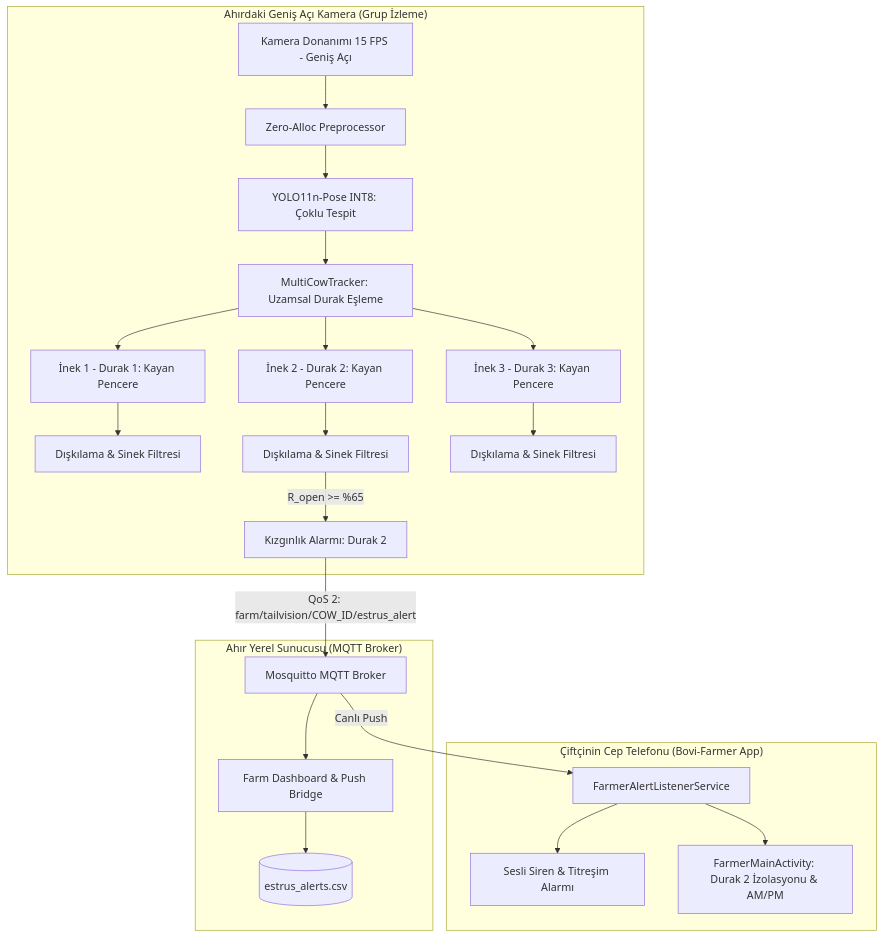
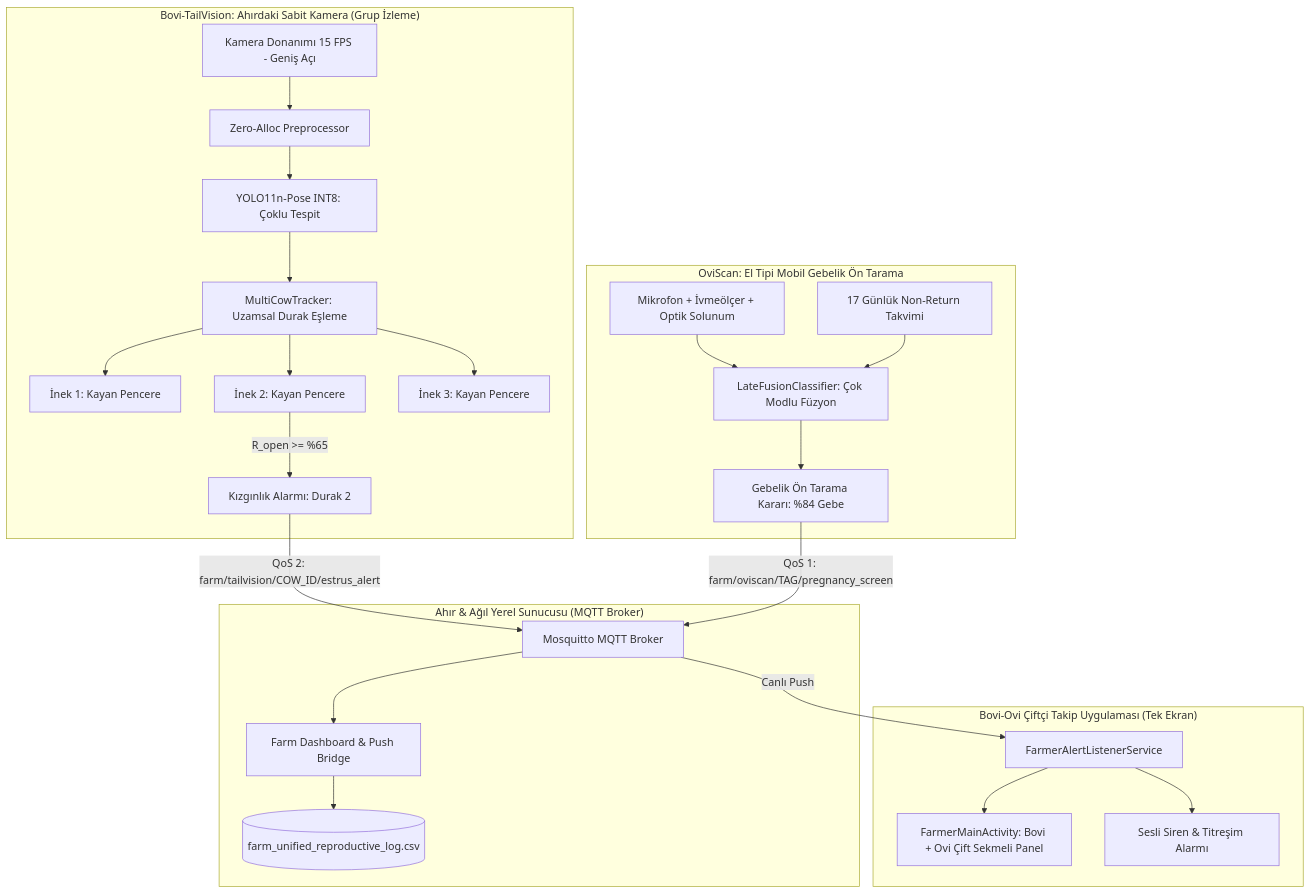
One commit to mserman90/bovi-tailvision changed the diagram in docs/ARCHITECTURE.md. Above: the diagram before and after it, drawn with Mermaid. The commit also changed other lines of this file and 12 other files, not shown here.

Commit message:
feat: Integrate OviScan non-invasive sheep pregnancy screening into Bovi-TailVision unified platform

````diff
--- a/docs/ARCHITECTURE.md
+++ b/docs/ARCHITECTURE.md
@@ -9,37 +11,38 @@
 ```mermaid
 flowchart TD
-    subgraph EdgeDevice ["Ahırdaki Geniş Açı Kamera (Grup İzleme)"]
+    subgraph BoviEdge ["Bovi-TailVision: Ahırdaki Sabit Kamera (Grup İzleme)"]
         Cam[Kamera Donanımı 15 FPS - Geniş Açı] --> Pre[Zero-Alloc Preprocessor]
         Pre --> TFLite[YOLO11n-Pose INT8: Çoklu Tespit]
         TFLite --> MOT[MultiCowTracker: Uzamsal Durak Eşleme]
-        
-        MOT --> Cow1[İnek 1 - Durak 1: Kayan Pencere]
-        MOT --> Cow2[İnek 2 - Durak 2: Kayan Pencere]
-        MOT --> Cow3[İnek 3 - Durak 3: Kayan Pencere]
-        
-        Cow1 --> Filter1[Dışkılama & Sinek Filtresi]
-        Cow2 --> Filter2[Dışkılama & Sinek Filtresi]
-        Cow3 --> Filter3[Dışkılama & Sinek Filtresi]
-
-        Filter2 -- R_open >= %65 --> Alert[Kızgınlık Alarmı: Durak 2]
+        MOT --> Cow1[İnek 1: Kayan Pencere]
+        MOT --> Cow2[İnek 2: Kayan Pencere]
+        MOT --> Cow3[İnek 3: Kayan Pencere]
+        Cow2 -- R_open >= %65 --> AlertBovi[Kızgınlık Alarmı: Durak 2]
     end
 
-    subgraph FarmServer ["Ahır Yerel Sunucusu (MQTT Broker)"]
+    subgraph OviModule ["OviScan: El Tipi Mobil Gebelik Ön Tarama"]
+        Sensors[Mikrofon + İvmeölçer + Optik Solunum] --> Fusion[LateFusionClassifier: Çok Modlu Füzyon]
+        Calendar[17 Günlük Non-Return Takvimi] --> Fusion
+        Fusion --> ScreenResult[Gebelik Ön Tarama Kararı: %84 Gebe]
+    end
+
+    subgraph FarmServer ["Ahır & Ağıl Yerel Sunucusu (MQTT Broker)"]
         Broker[Mosquitto MQTT Broker]
         Bridge[Farm Dashboard & Push Bridge]
-        DB[(estrus_alerts.csv)]
+        DB[(farm_unified_reproductive_log.csv)]
     end
 
-    subgraph FarmerMobile ["Çiftçinin Cep Telefonu (Bovi-Farmer App)"]
+    subgraph FarmerMobile ["Bovi-Ovi Çiftçi Takip Uygulaması (Tek Ekran)"]
         Listener[FarmerAlertListenerService]
+        UI[FarmerMainActivity: Bovi + Ovi Çift Sekmeli Panel]
         Siren[Sesli Siren & Titreşim Alarmı]
-        UI[FarmerMainActivity: Durak 2 İzolasyonu & AM/PM]
     end
 
-    Alert -->|QoS 2: farm/tailvision/COW_ID/estrus_alert| Broker
+    AlertBovi -->|QoS 2: farm/tailvision/COW_ID/estrus_alert| Broker
+    ScreenResult -->|QoS 1: farm/oviscan/TAG/pregnancy_screen| Broker
     Broker --> Bridge
     Bridge --> DB
     Broker -->|Canlı Push| Listener
     Listener --> Siren
     Listener --> UI
 ```
````
